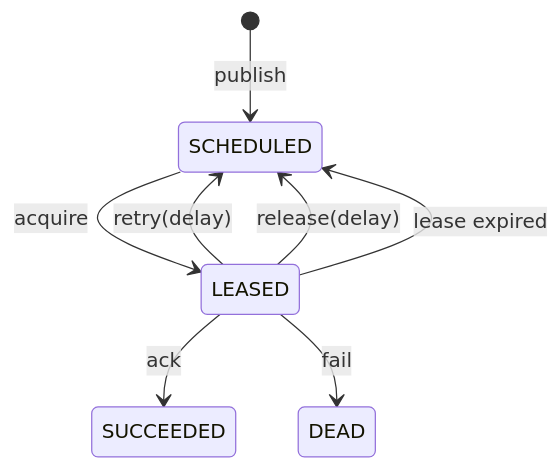
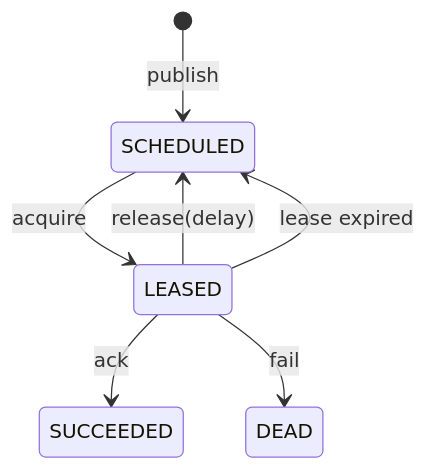
One commit to team4u/team4u-framework changed the diagram in team4u-lease/README.md. Above: the diagram before and after it, drawn with Mermaid. The commit also changed other lines of this file and 96 other files, not shown here.

````diff
--- a/team4u-lease/README.md
+++ b/team4u-lease/README.md
@@ -540,10 +539,9 @@
 ```mermaid
 stateDiagram-v2
     [*] --> SCHEDULED: publish
     SCHEDULED --> LEASED: acquire
     LEASED --> SUCCEEDED: ack
-    LEASED --> SCHEDULED: retry(delay)
     LEASED --> SCHEDULED: release(delay)
     LEASED --> DEAD: fail
     LEASED --> SCHEDULED: lease expired
 ```
````
